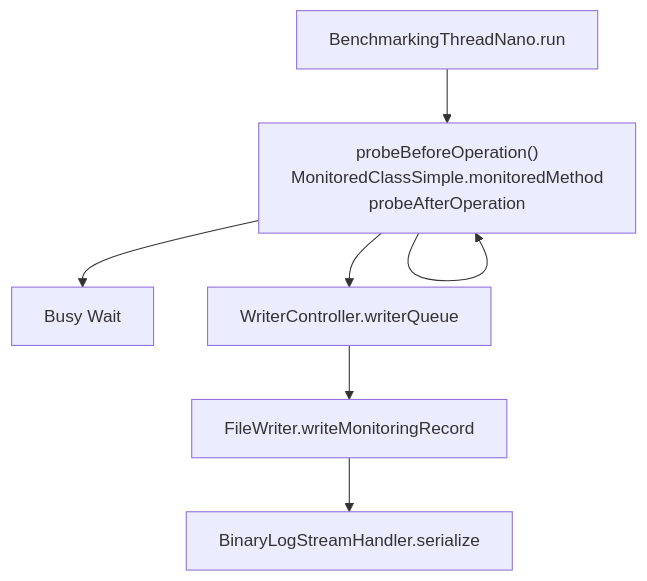
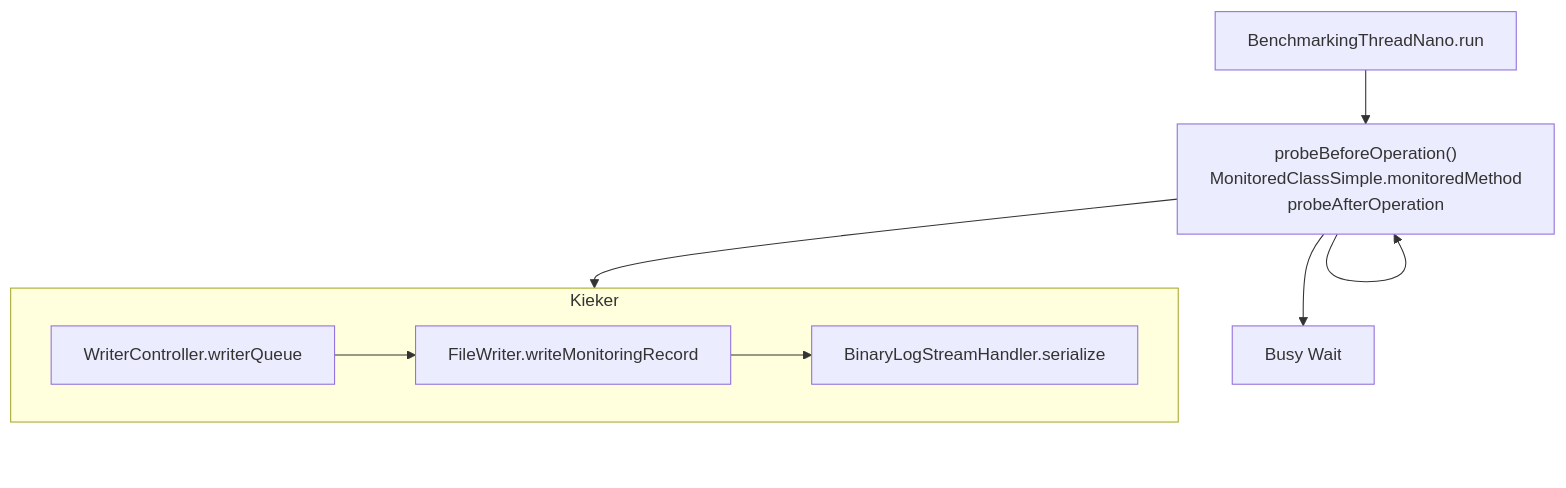
Before and after one commit to shinhyungyang/moobench: the second of 2 diagrams in README.md, drawn with Mermaid. The commit also changed other lines of this file, not shown here.

Commit message:
Clarify behaviour in approach

````diff
--- a/README.md
+++ b/README.md
@@ -30,12 +30,15 @@
 ```mermaid
-graph TD;
+flowchart TD;
   instrumentedCall["`probeBeforeOperation()
   MonitoredClassSimple.monitoredMethod
   probeAfterOperation`"]
 	BenchmarkingThreadNano.run-->instrumentedCall;
   instrumentedCall-->instrumentedCall;
   instrumentedCall-->id["Busy Wait"];
-  instrumentedCall-->WriterController.writerQueue;
+  subgraph Kieker
+  direction LR
   WriterController.writerQueue-->FileWriter.writeMonitoringRecord;
   FileWriter.writeMonitoringRecord-->BinaryLogStreamHandler.serialize;
+  end
+  instrumentedCall-->Kieker;
 ```
````
